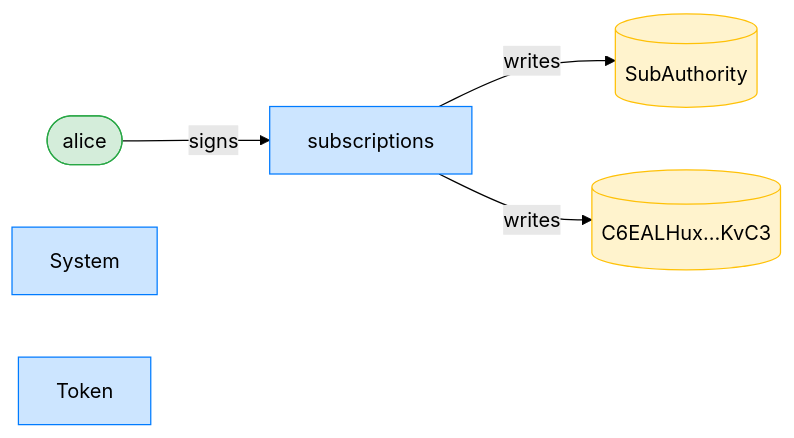
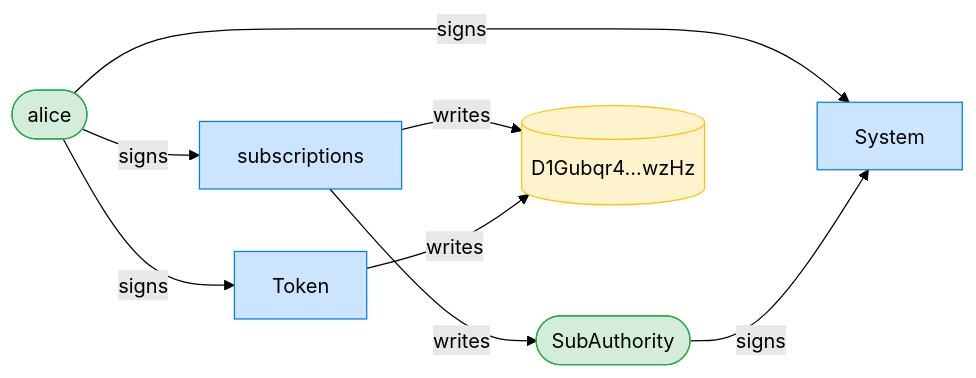
The third of 12 diagrams in dsl_tests/subscribe-rejects-a-mint-mismatch.md (cds-rs/subscriptions), drawn with Mermaid (forest theme) before and after one commit. The commit also changed other lines of this file and 224 other files, not shown here.

````diff
--- a/dsl_tests/subscribe-rejects-a-mint-mismatch.md
+++ b/dsl_tests/subscribe-rejects-a-mint-mismatch.md
@@ -55,15 +56,19 @@
 ```mermaid
 flowchart LR
     classDef signer fill:#d4edda,stroke:#28a745;
     classDef program fill:#cce5ff,stroke:#007bff;
     classDef writable fill:#fff3cd,stroke:#ffc107;
     subscriptions[subscriptions]:::program
     alice([alice]):::signer
-    SubAuthority[(SubAuthority)]:::writable
-    C6EALHux_KvC3[("C6EALHux…KvC3")]:::writable
+    SubAuthority([SubAuthority]):::signer
+    D1Gubqr4_wzHz[("D1Gubqr4…wzHz")]:::writable
     System[System]:::program
     Token[Token]:::program
     alice -->|signs| subscriptions
+    alice -->|signs| System
+    SubAuthority -->|signs| System
+    alice -->|signs| Token
     subscriptions -->|writes| SubAuthority
-    subscriptions -->|writes| C6EALHux_KvC3
+    subscriptions -->|writes| D1Gubqr4_wzHz
+    Token -->|writes| D1Gubqr4_wzHz
 ```
````
